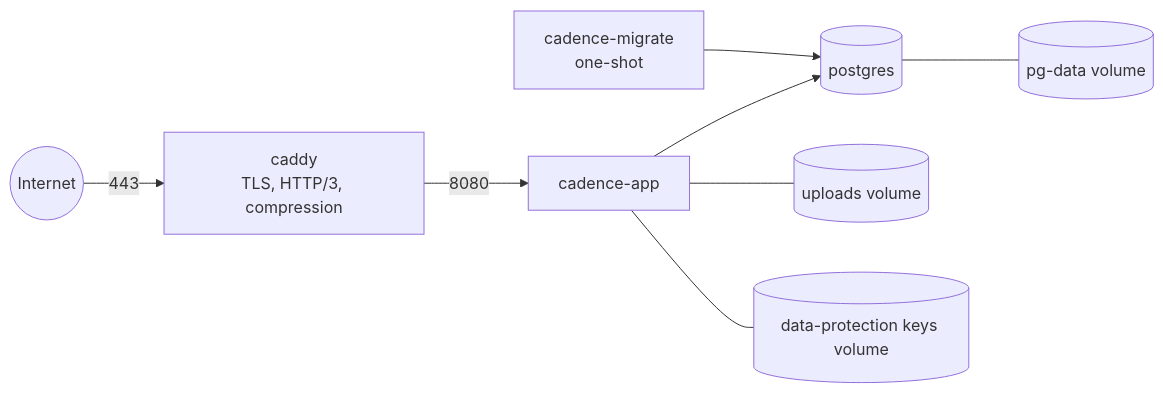
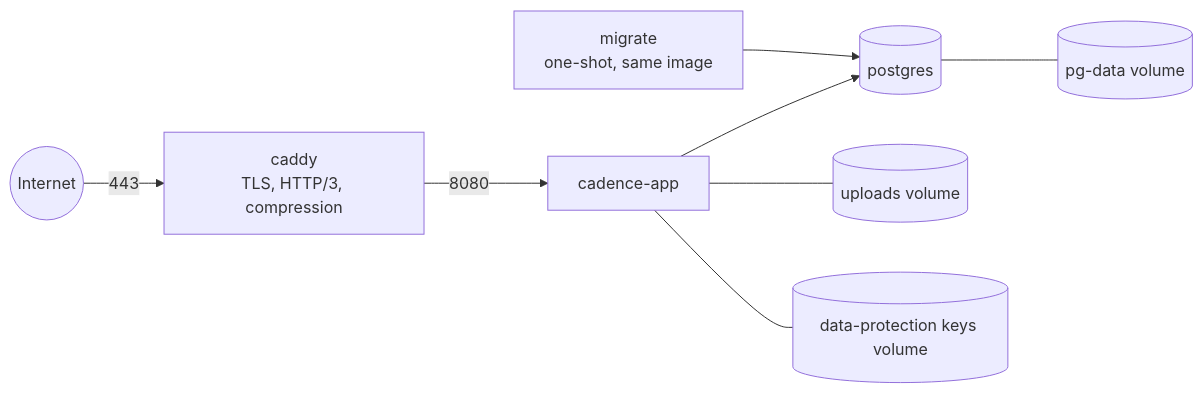
Before and after one commit to norman135/cadence: the second of 2 diagrams in docs/ROADMAP.md, drawn with Mermaid. The commit also changed other lines of this file and 2 other files, not shown here.

First line of the commit message:
docs: complete M0 in the roadmap, README and changelog

````diff
--- a/docs/ROADMAP.md
+++ b/docs/ROADMAP.md
@@ -326,10 +329,10 @@
 ```mermaid
 flowchart LR
   Internet((Internet)) -->|443| Caddy["caddy<br/>TLS, HTTP/3, compression"]
   Caddy -->|8080| App["cadence-app"]
   App --> PG[("postgres")]
-  Migrate["cadence-migrate<br/>one-shot"] --> PG
+  Migrate["migrate<br/>one-shot, same image"] --> PG
   App --- Uploads[("uploads volume")]
   App --- Keys[("data-protection keys volume")]
   PG --- PGData[("pg-data volume")]
 ```
````
